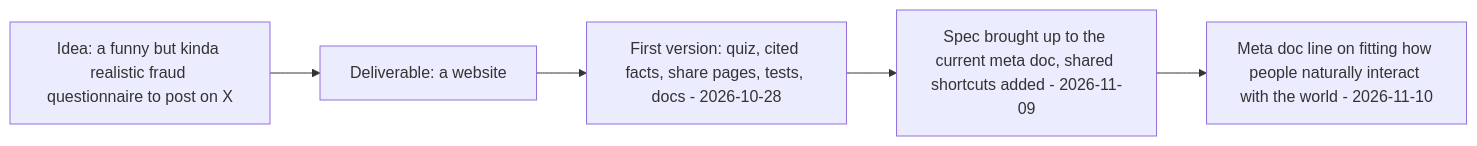
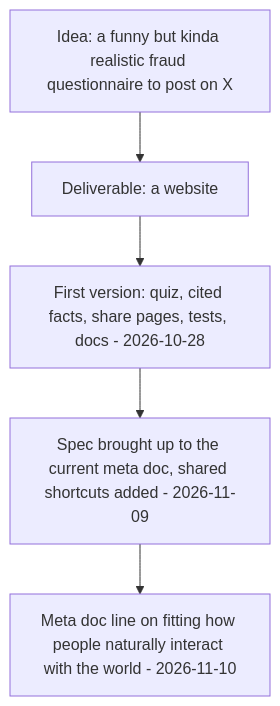
Before and after one commit to amalmehta/AmIElizabethHolmes: the first of 3 diagrams in docs/HOW-IT-WAS-BUILT.md, drawn with Mermaid.

Commit message:
Draw the build history top to bottom so it stays readable

````diff
--- a/docs/HOW-IT-WAS-BUILT.md
+++ b/docs/HOW-IT-WAS-BUILT.md
@@ -8,9 +8,9 @@
 ```mermaid
-flowchart LR
+flowchart TD
   idea["Idea: a funny but kinda realistic fraud questionnaire to post on X"]
   web["Deliverable: a website"]
   m1["First version: quiz, cited facts, share pages, tests, docs - 2026-10-28"]
   m2["Spec brought up to the current meta doc, shared shortcuts added - 2026-11-09"]
   m3["Meta doc line on fitting how people naturally interact with the world - 2026-11-10"]
   idea --> web --> m1 --> m2 --> m3
 ```
````
